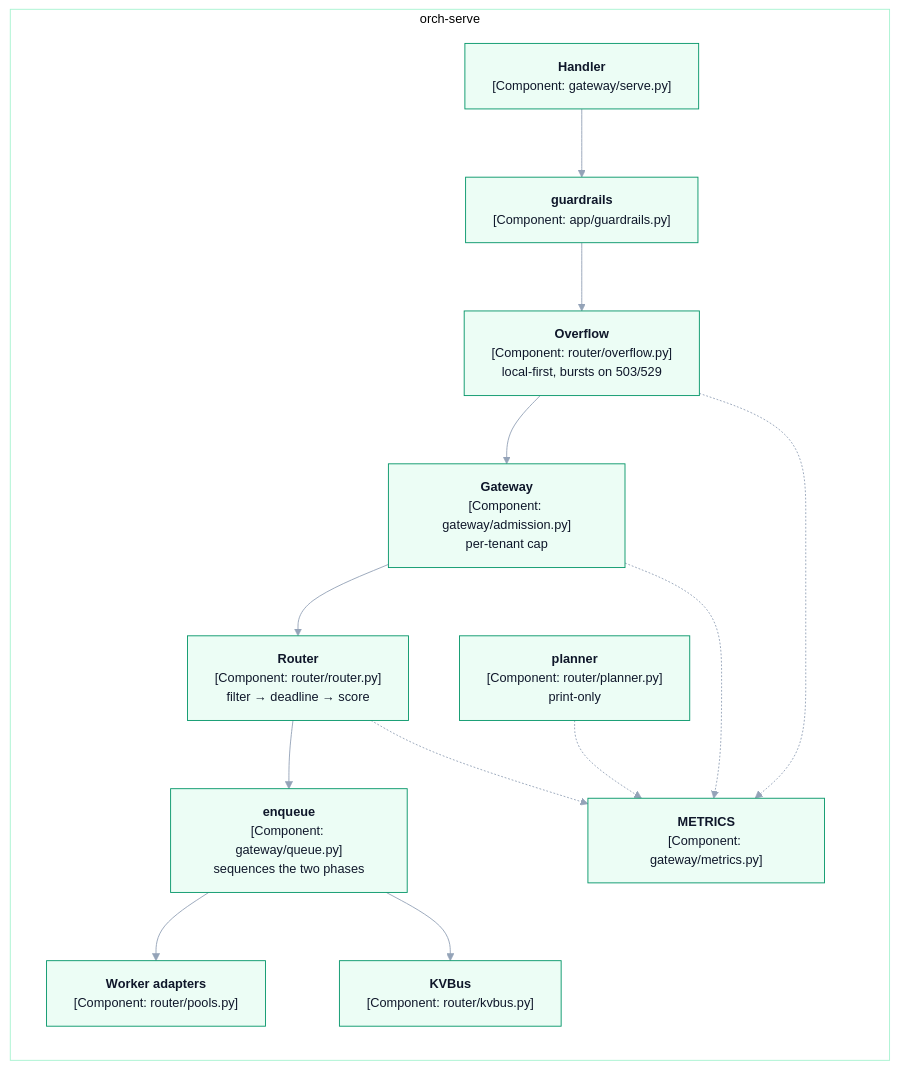
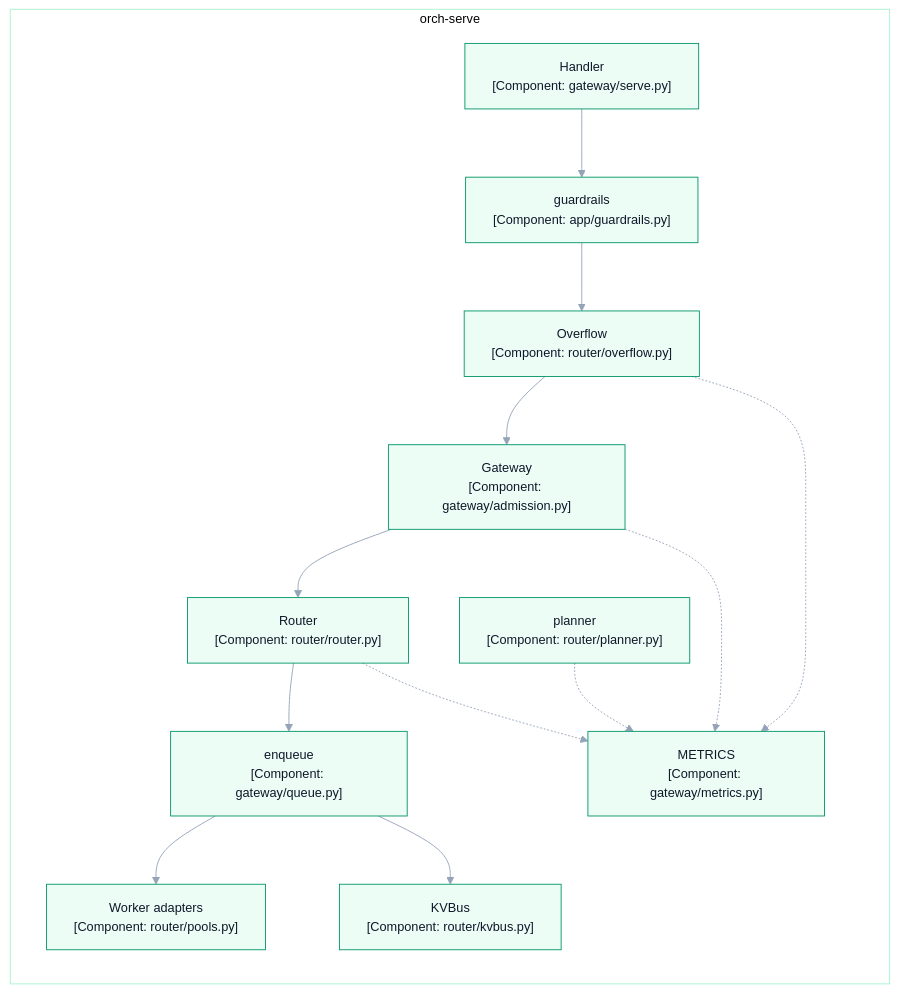
Before and after one commit to harshuljain13/Dodona: the fourth of 5 diagrams in docs/cluster/ARCHITECTURE.md, drawn with Mermaid. The commit also changed other lines of this file and 17 other files, not shown here.

````diff
--- a/docs/cluster/ARCHITECTURE.md
+++ b/docs/cluster/ARCHITECTURE.md
@@ -164,35 +164,35 @@
 ```mermaid
 %%{init: {'theme':'base','themeVariables':{
   'fontFamily':'ui-sans-serif, -apple-system, Segoe UI, Inter, Helvetica, Arial, sans-serif','fontSize':'14px',
   'primaryColor':'#ecfdf5','primaryTextColor':'#0f172a','primaryBorderColor':'#059669',
   'secondaryColor':'#f8fafc','tertiaryColor':'#ffffff',
   'lineColor':'#94a3b8','textColor':'#1e293b',
   'clusterBkg':'#ffffff','clusterBorder':'#a7f3d0',
   'edgeLabelBackground':'#ffffff','nodeBorder':'#059669'
 }}}%%
 flowchart LR
     subgraph ORCH["orch-serve"]
-        H["<b>Handler</b><br/>[Component: gateway/serve.py]"]
-        GR["<b>guardrails</b><br/>[Component: app/guardrails.py]"]
-        OF["<b>Overflow</b><br/>[Component: router/overflow.py]<br/>local-first, bursts on 503/529"]
-        AD["<b>Gateway</b><br/>[Component: gateway/admission.py]<br/>per-tenant cap"]
-        RT["<b>Router</b><br/>[Component: router/router.py]<br/>filter → deadline → score"]
-        QU["<b>enqueue</b><br/>[Component: gateway/queue.py]<br/>sequences the two phases"]
-        KV["<b>KVBus</b><br/>[Component: router/kvbus.py]"]
-        PO["<b>Worker adapters</b><br/>[Component: router/pools.py]"]
-        MT["<b>METRICS</b><br/>[Component: gateway/metrics.py]"]
-        PL["<b>planner</b><br/>[Component: router/planner.py]<br/>print-only"]
+        H["Handler<br/>[Component: gateway/serve.py]"]
+        GR["guardrails<br/>[Component: app/guardrails.py]"]
+        OF["Overflow<br/>[Component: router/overflow.py]"]
+        AD["Gateway<br/>[Component: gateway/admission.py]"]
+        RT["Router<br/>[Component: router/router.py]"]
+        QU["enqueue<br/>[Component: gateway/queue.py]"]
+        KV["KVBus<br/>[Component: router/kvbus.py]"]
+        PO["Worker adapters<br/>[Component: router/pools.py]"]
+        MT["METRICS<br/>[Component: gateway/metrics.py]"]
+        PL["planner<br/>[Component: router/planner.py]"]
     end
 
     H --> GR
     GR --> OF
     OF --> AD
     AD --> RT
     RT --> QU
     QU --> PO
     QU --> KV
     OF -.-> MT
     AD -.-> MT
     RT -.-> MT
     PL -.-> MT
 ```
````
